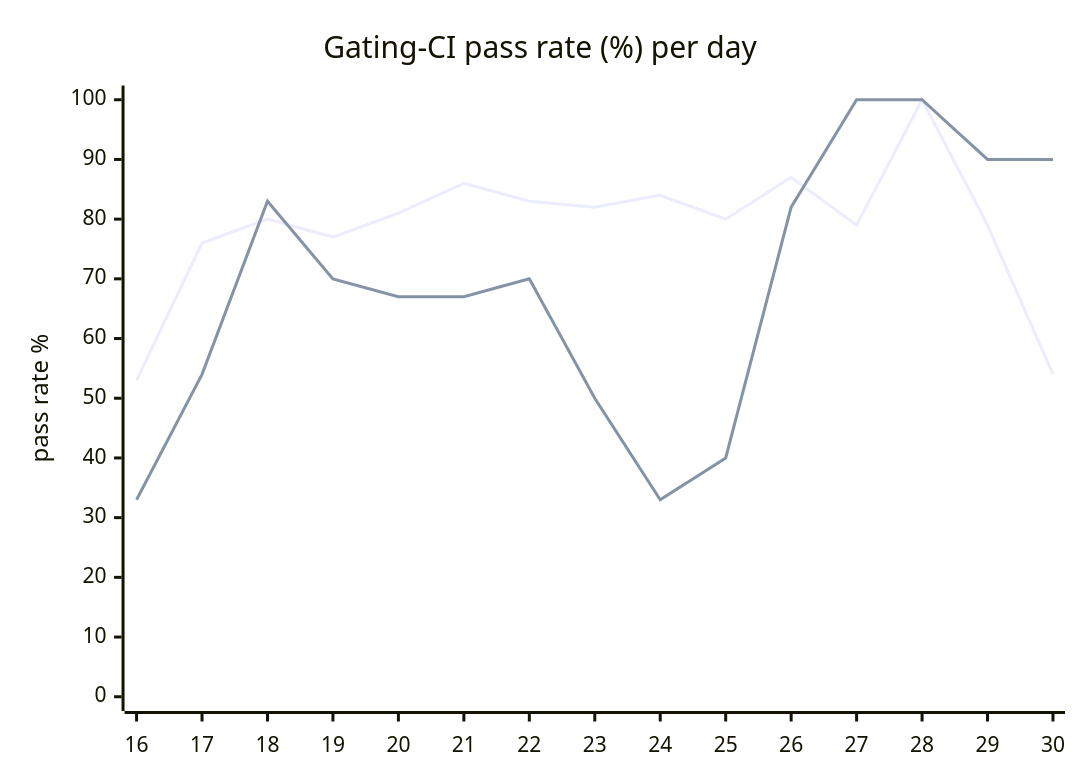
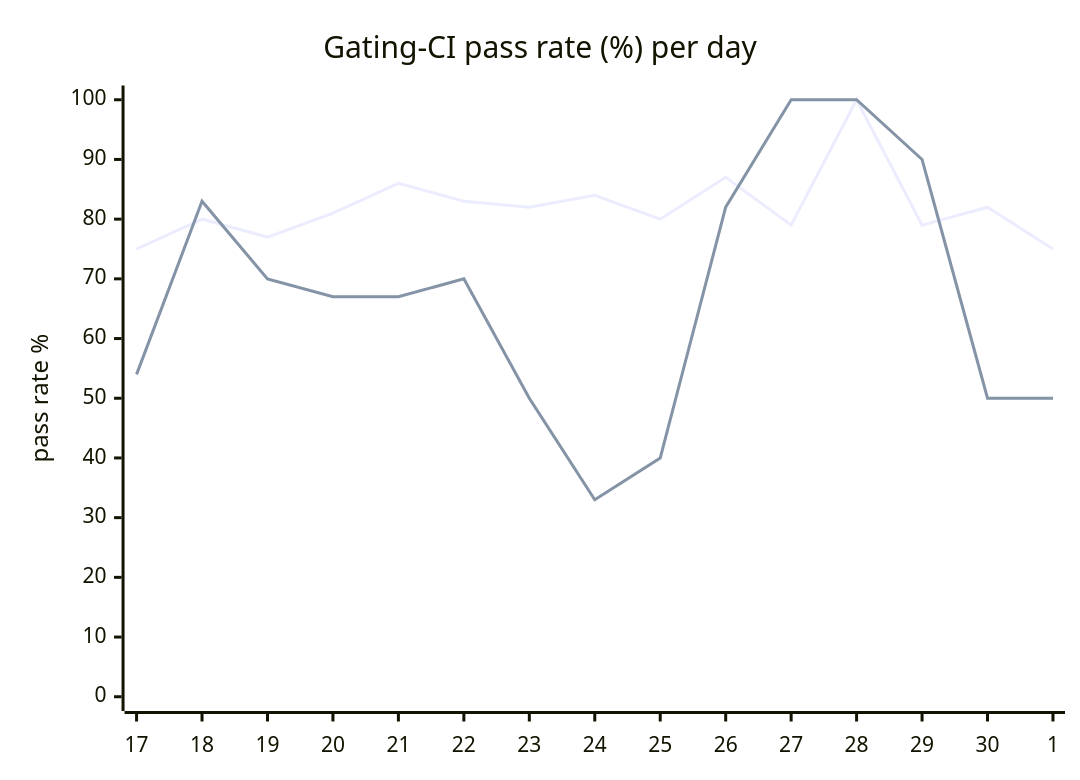
The diagram in hack/ci/ci-dashboard/staging/issue.md (hatchet-dev/hatchet), drawn with Mermaid before and after one commit. The commit also changed other lines of this file, not shown here.

````diff
--- a/hack/ci/ci-dashboard/staging/issue.md
+++ b/hack/ci/ci-dashboard/staging/issue.md
@@ -9,8 +9,8 @@
 ```mermaid
 xychart-beta
   title "Gating-CI pass rate (%) per day"
-  x-axis [16, 17, 18, 19, 20, 21, 22, 23, 24, 25, 26, 27, 28, 29, 30]
+  x-axis [17, 18, 19, 20, 21, 22, 23, 24, 25, 26, 27, 28, 29, 30, 1]
   y-axis "pass rate %" 0 --> 100
-  line "CI" [53, 76, 80, 77, 81, 86, 83, 82, 84, 80, 87, 79, 100, 79, 54]
-  line "main" [33, 54, 83, 70, 67, 67, 70, 50, 33, 40, 82, 100, 100, 90, 90]
+  line "CI" [75, 80, 77, 81, 86, 83, 82, 84, 80, 87, 79, 100, 79, 82, 75]
+  line "main" [54, 83, 70, 67, 67, 70, 50, 33, 40, 82, 100, 100, 90, 50, 50]
 ```
````
